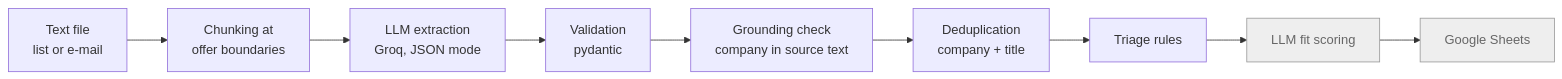
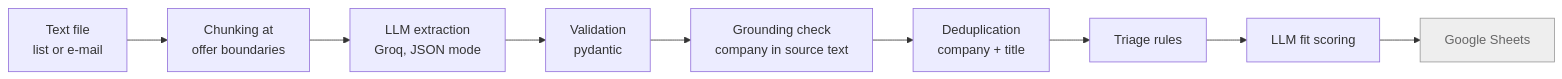
The diagram in README.md (F-Korpik/job-agent), drawn with Mermaid before and after one commit. The commit also changed other lines of this file, not shown here.

````diff
--- a/README.md
+++ b/README.md
@@ -15,14 +15,14 @@
 ```mermaid
 flowchart LR
     A[Text file<br/>list or e-mail] --> B[Chunking at<br/>offer boundaries]
     B --> C[LLM extraction<br/>Groq, JSON mode]
     C --> D[Validation<br/>pydantic]
     D --> E[Grounding check<br/>company in source text]
     E --> F[Deduplication<br/>company + title]
     F --> G[Triage rules]
     G --> H[LLM fit scoring]
     H --> I[Google Sheets]
 
     classDef todo fill:#eee,stroke:#999,color:#666
-    class H,I todo
+    class I todo
 ```
````
